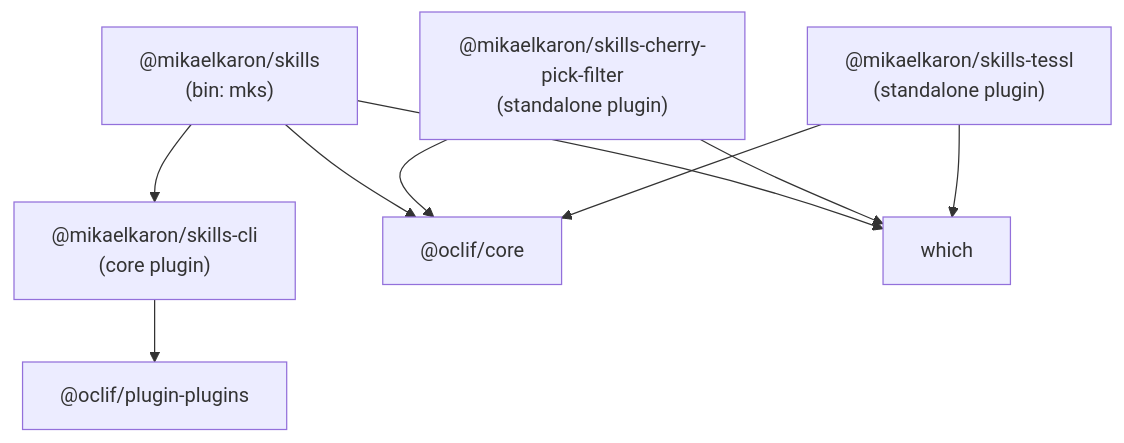
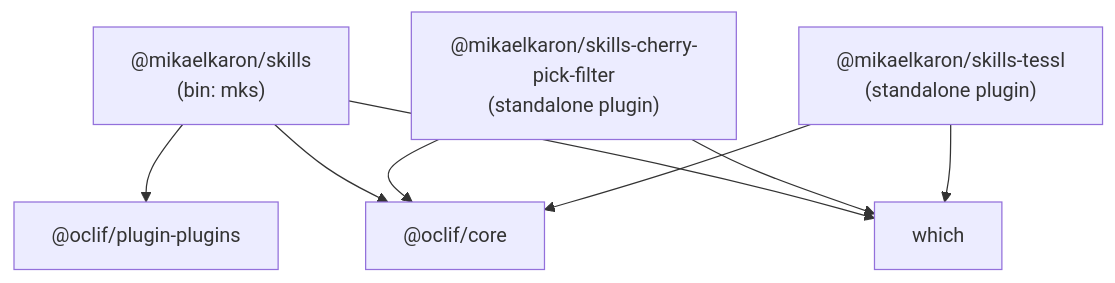
The first of 3 diagrams in docs/ARCHITECTURE.md (mikaelkaron/skills), drawn with Mermaid before and after one commit. The commit also changed other lines of this file and 5 other files, not shown here.

First line of the commit message:
docs(260526-w09-01): remove @mikaelkaron/skills-cli references from all docs

````diff
--- a/docs/ARCHITECTURE.md
+++ b/docs/ARCHITECTURE.md
@@ -93,19 +88,17 @@
 ```mermaid
 graph TD
   root["@mikaelkaron/skills\n(bin: mks)"]
-  cli["@mikaelkaron/skills-cli\n(core plugin)"]
   pp["@oclif/plugin-plugins"]
   core["@oclif/core"]
   which["which"]
   cpf["@mikaelkaron/skills-cherry-pick-filter\n(standalone plugin)"]
   tessl_pkg["@mikaelkaron/skills-tessl\n(standalone plugin)"]
 
-  root --> cli
+  root --> pp
   root --> core
   root --> which
-  cli --> pp
   cpf --> core
   cpf --> which
   tessl_pkg --> core
   tessl_pkg --> which
 ```
````
